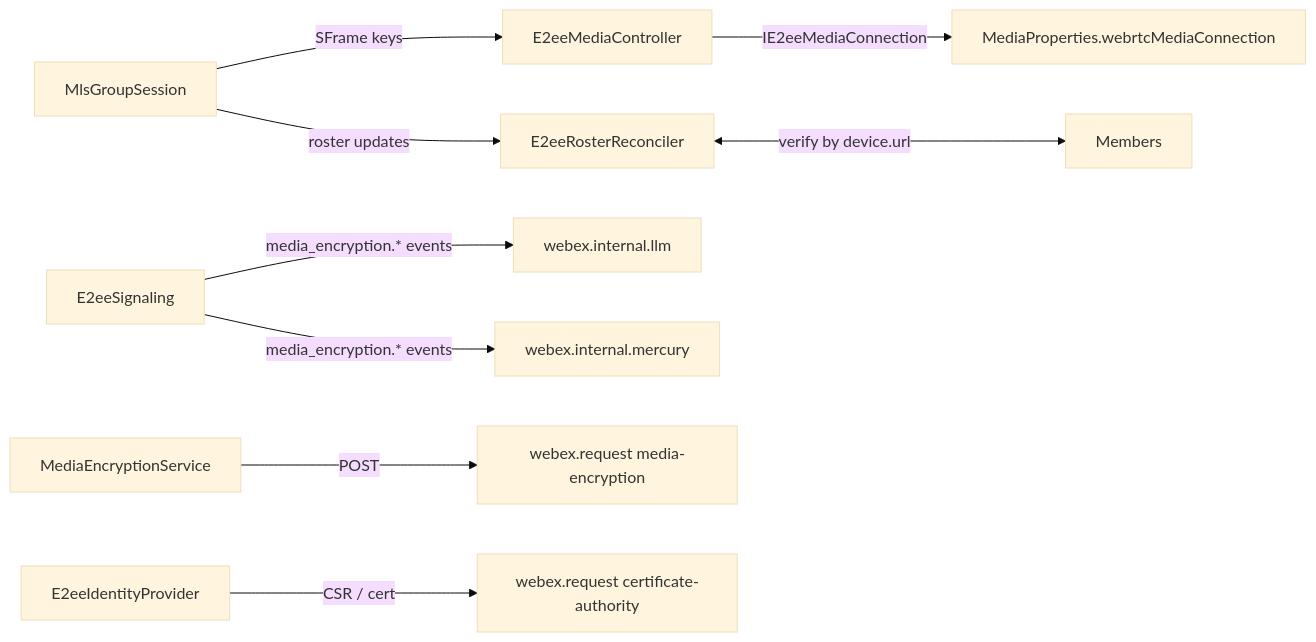
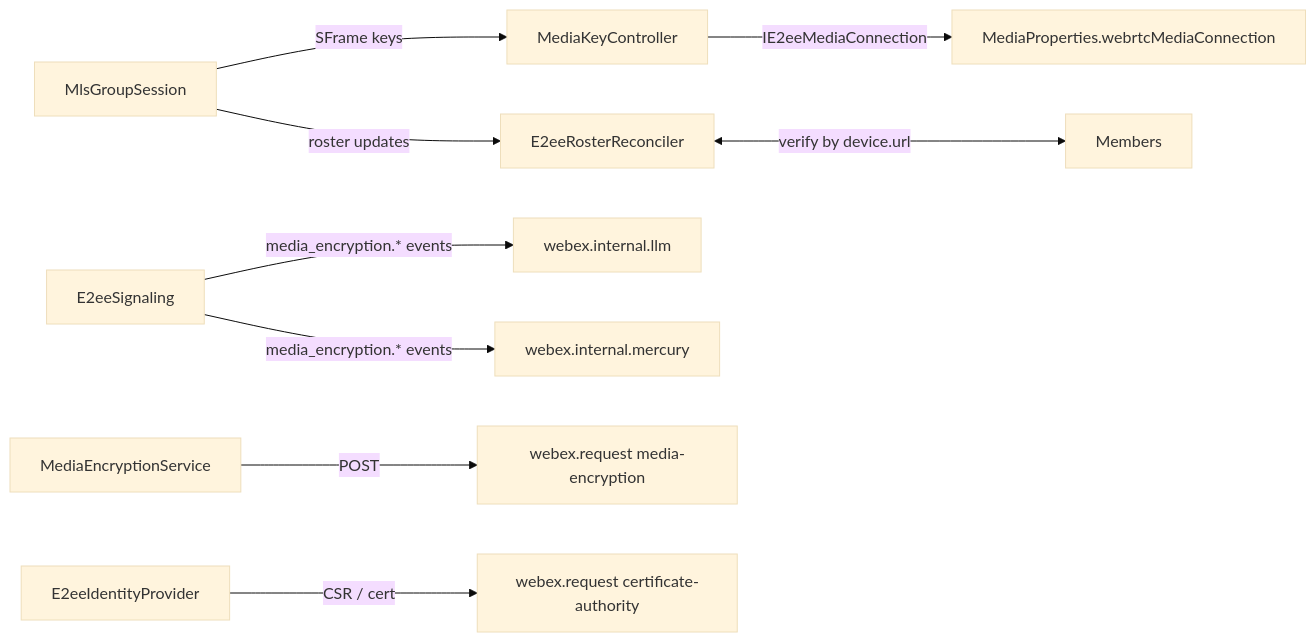
The third of 3 diagrams in packages/@webex/plugin-meetings/src/e2ee/DESIGN.md (webex/webex-js-sdk), drawn with Mermaid (base theme) before and after one commit. The commit also changed other lines of this file, not shown here.

Commit message:
docs: rename media key controller

````diff
--- a/packages/@webex/plugin-meetings/src/e2ee/DESIGN.md
+++ b/packages/@webex/plugin-meetings/src/e2ee/DESIGN.md
@@ -139,12 +139,12 @@
 ```mermaid
 graph LR
-    MLS[MlsGroupSession] -->|SFrame keys| MediaCtl[E2eeMediaController]
+    MLS[MlsGroupSession] -->|SFrame keys| MediaCtl[MediaKeyController]
     MediaCtl -->|IE2eeMediaConnection| MediaProps[MediaProperties.webrtcMediaConnection]
     MLS -->|roster updates| Recon[E2eeRosterReconciler]
     Recon <-->|verify by device.url| Members
 
     Sig[E2eeSignaling] -->|media_encryption.* events| LLM[webex.internal.llm]
     Sig -->|media_encryption.* events| Mercury[webex.internal.mercury]
     Svc[MediaEncryptionService] -->|POST| MES[webex.request media-encryption]
     Ident[E2eeIdentityProvider] -->|CSR / cert| CA[webex.request certificate-authority]
 ```
````
